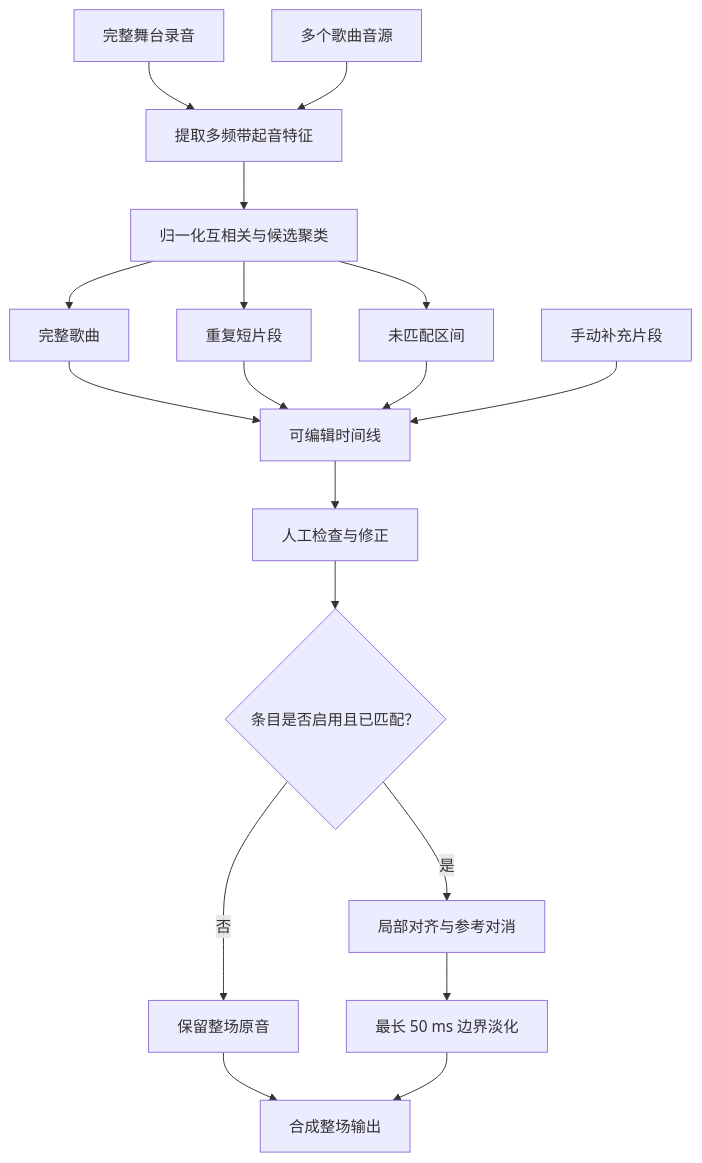
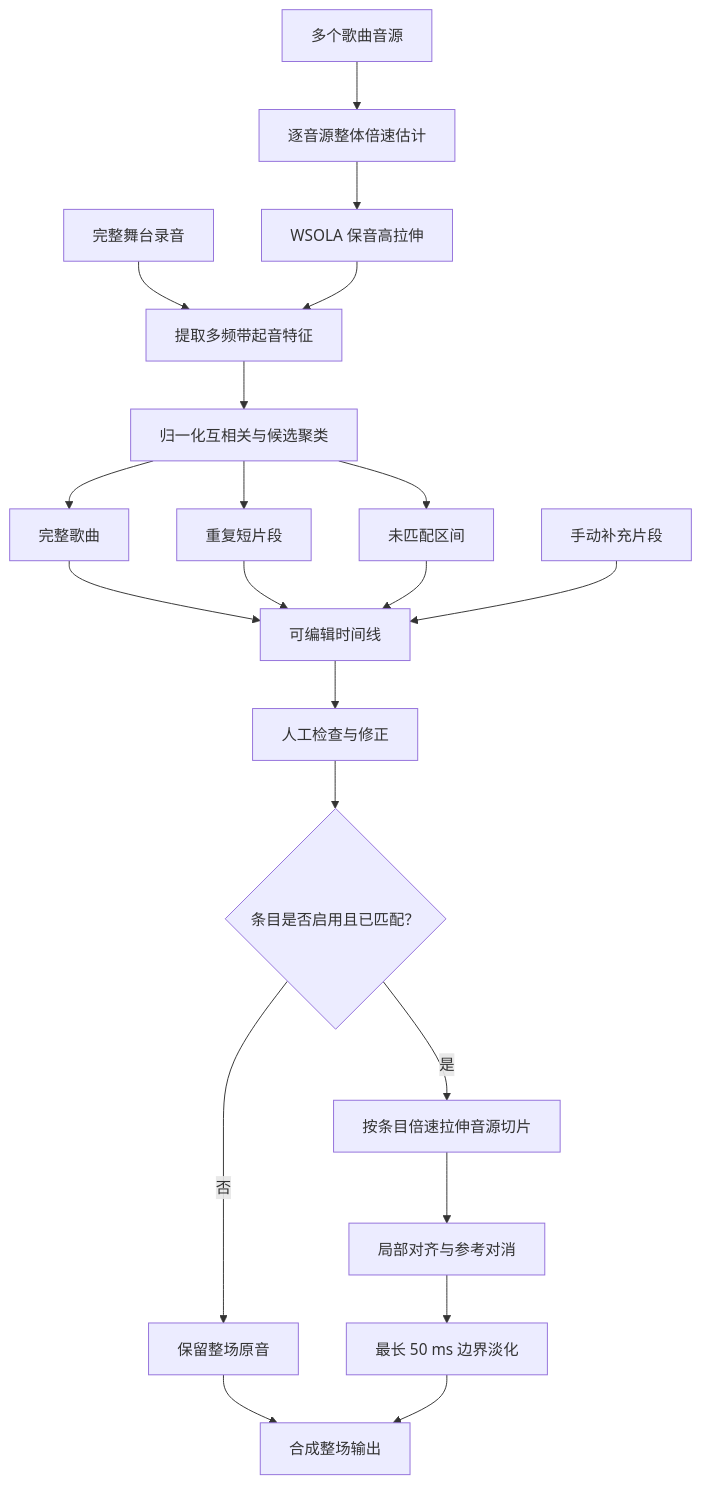
One commit to ChouChiu/Purivox changed the diagram in docs/full-stage.md. Above: the diagram before and after it, drawn with Mermaid. The commit also changed other lines of this file and 39 other files, not shown here.

````diff
--- a/docs/full-stage.md
+++ b/docs/full-stage.md
@@ -15,20 +15,23 @@
 ```mermaid
 flowchart TB
     stage["完整舞台录音"] --> feature["提取多频带起音特征"]
-    sources["多个歌曲音源"] --> feature
+    sources["多个歌曲音源"] --> speed["逐音源整体倍速估计"]
+    speed --> stretch["WSOLA 保音高拉伸"]
+    stretch --> feature
     feature --> match["归一化互相关与候选聚类"]
     match --> song["完整歌曲"]
     match --> fragment["重复短片段"]
     match --> unmatched["未匹配区间"]
     song --> timeline["可编辑时间线"]
     fragment --> timeline
     unmatched --> timeline
     manual["手动补充片段"] --> timeline
     timeline --> review["人工检查与修正"]
     review --> render{"条目是否启用且已匹配？"}
-    render -->|是| cancel["局部对齐与参考对消"]
+    render -->|是| rescale["按条目倍速拉伸音源切片"]
+    rescale --> cancel["局部对齐与参考对消"]
     render -->|否| original["保留整场原音"]
     cancel --> blend["最长 50 ms 边界淡化"]
     original --> output["合成整场输出"]
     blend --> output
 ```
````
